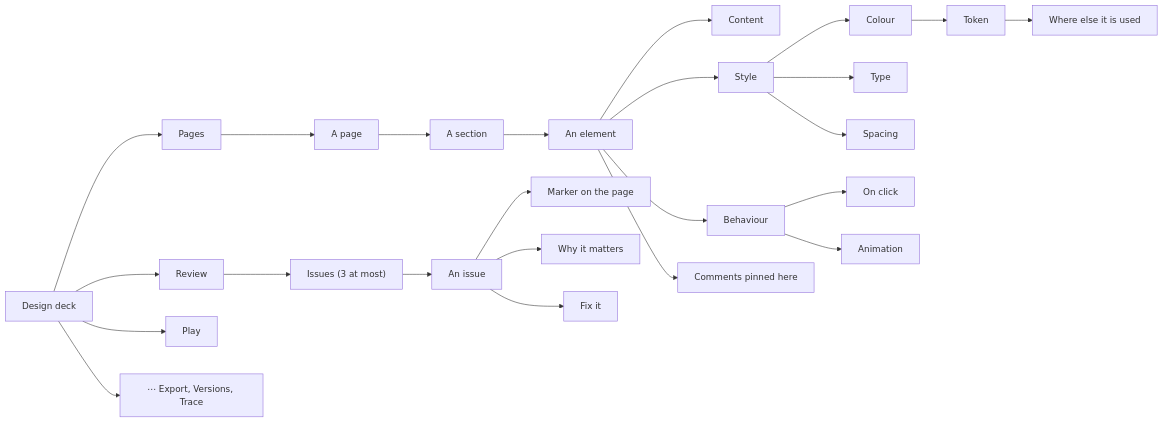
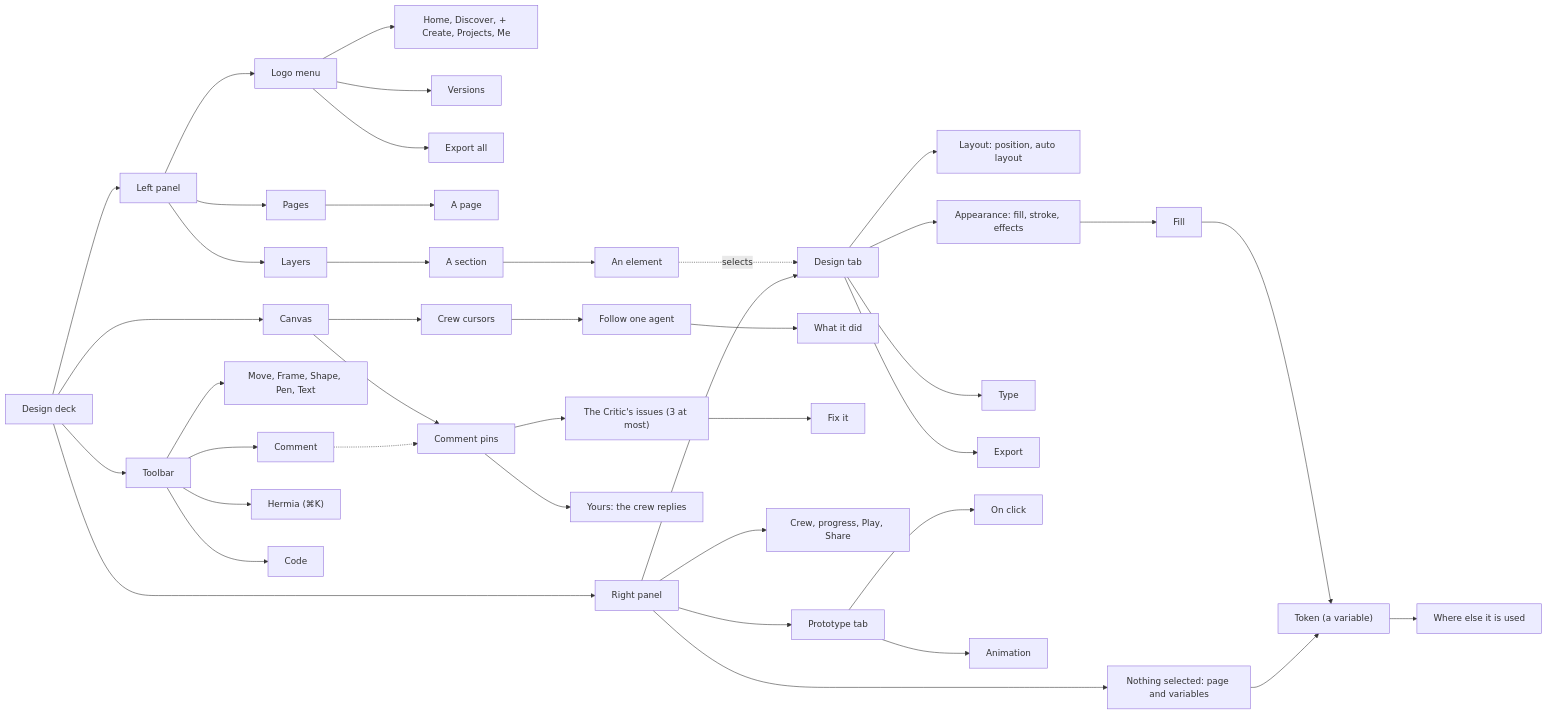
Diagram 11 of 24 in docs/ux/SITEMAP.md (Pukujan/swarm-studio), drawn with Mermaid before and after one commit. The commit also changed other lines of this file and 5 other files, not shown here.

First line of the commit message:
Docs: borrowed patterns, a quiet fixed frame, Figma for the Design deck, the social side

````diff
--- a/docs/ux/SITEMAP.md
+++ b/docs/ux/SITEMAP.md
@@ -262,26 +307,43 @@
 ```mermaid
 flowchart LR
-  DD[Design deck] --> PG[Pages]
-  DD --> RV[Review]
-  DD --> PY[Play]
-  DD --> DM["⋯ Export, Versions, Trace"]
+  DD[Design deck] --> LP[Left panel]
+  DD --> CV[Canvas]
+  DD --> TB[Toolbar]
+  DD --> RP[Right panel]
+  LP --> LM[Logo menu]
+  LP --> PG[Pages]
+  LP --> LY[Layers]
+  LM --> LM1["Home, Discover, + Create, Projects, Me"]
+  LM --> LM2[Versions]
+  LM --> LM3[Export all]
   PG --> PA[A page]
-  PA --> SC[A section]
+  LY --> SC[A section]
   SC --> EL[An element]
-  EL --> C1[Content]
-  EL --> C2[Style]
-  EL --> C3[Behaviour]
-  EL --> CM[Comments pinned here]
-  C2 --> ST1[Colour]
-  C2 --> ST2[Type]
-  C2 --> ST3[Spacing]
-  ST1 --> TK[Token]
+  EL -.->|selects| DT
+  CV --> CU[Crew cursors]
+  CV --> PIN[Comment pins]
+  CU --> FO[Follow one agent]
+  FO --> TR[What it did]
+  PIN --> YT["Yours: the crew replies"]
+  PIN --> CI["The Critic's issues (3 at most)"]
+  CI --> FX[Fix it]
+  TB --> T1["Move, Frame, Shape, Pen, Text"]
+  TB --> T2[Comment]
+  TB --> T3["Hermia (⌘K)"]
+  TB --> T4[Code]
+  T2 -.-> PIN
+  RP --> TOP["Crew, progress, Play, Share"]
+  RP --> NS["Nothing selected: page and variables"]
+  RP --> DT[Design tab]
+  RP --> PT[Prototype tab]
+  DT --> LA["Layout: position, auto layout"]
+  DT --> AP["Appearance: fill, stroke, effects"]
+  DT --> TY[Type]
+  DT --> EX[Export]
+  AP --> FI[Fill]
+  FI --> TK["Token (a variable)"]
+  NS --> TK
   TK --> TU[Where else it is used]
-  C3 --> B1[On click]
-  C3 --> B2[Animation]
-  RV --> IS["Issues (3 at most)"]
-  IS --> I1[An issue]
-  I1 --> I2[Marker on the page]
-  I1 --> I3[Why it matters]
-  I1 --> I4[Fix it]
+  PT --> OC[On click]
+  PT --> AN[Animation]
 ```
````
